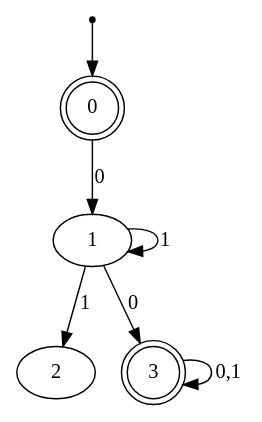
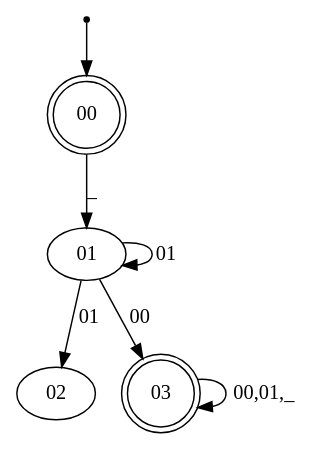
One commit to ValenButtignol/project-automata changed the diagram in automaton.dot. Above: the diagram before and after it, drawn with Graphviz. The commit also changed 3 other files, not shown here.

```diff
--- a/automaton.dot
+++ b/automaton.dot
@@ -1,11 +1,11 @@
 digraph{
 inic[shape=point];
-inic->0;
-0->1 [label="0"];
-1->2 [label="1"];
-1->1 [label="1"];
-1->3 [label="0"];
-3->3 [label="0,1"];
-0[shape=doublecircle];
-3[shape=doublecircle];
+inic->00;
+00->01 [label="_"];
+01->02 [label="01"];
+01->01 [label="01"];
+01->03 [label="00"];
+03->03 [label="00,01,_"];
+00[shape=doublecircle];
+03[shape=doublecircle];
 }
```
